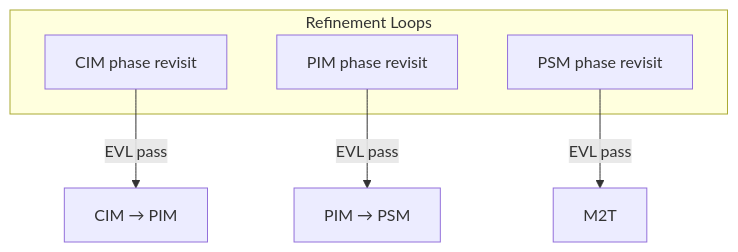
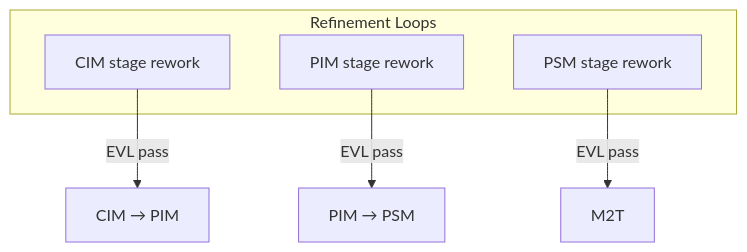
Before and after one commit to mehdieidi/modriss: the second of 2 diagrams in docs/public-docs/docs/guides/end-to-end-modeling-methodology.md, drawn with Mermaid. The commit also changed other lines of this file and 65 other files, not shown here.

````diff
--- a/docs/public-docs/docs/guides/end-to-end-modeling-methodology.md
+++ b/docs/public-docs/docs/guides/end-to-end-modeling-methodology.md
@@ -318,12 +325,12 @@
 ```mermaid
 flowchart TD
   subgraph iterate [Refinement Loops]
-    CIM_R["CIM phase revisit"]
-    PIM_R["PIM phase revisit"]
-    PSM_R["PSM phase revisit"]
+    CIM_R["CIM stage rework"]
+    PIM_R["PIM stage rework"]
+    PSM_R["PSM stage rework"]
   end
 
   CIM_R -->|EVL pass| T1[CIM → PIM]
   PIM_R -->|EVL pass| T2[PIM → PSM]
   PSM_R -->|EVL pass| GEN[M2T]
 ```
````
